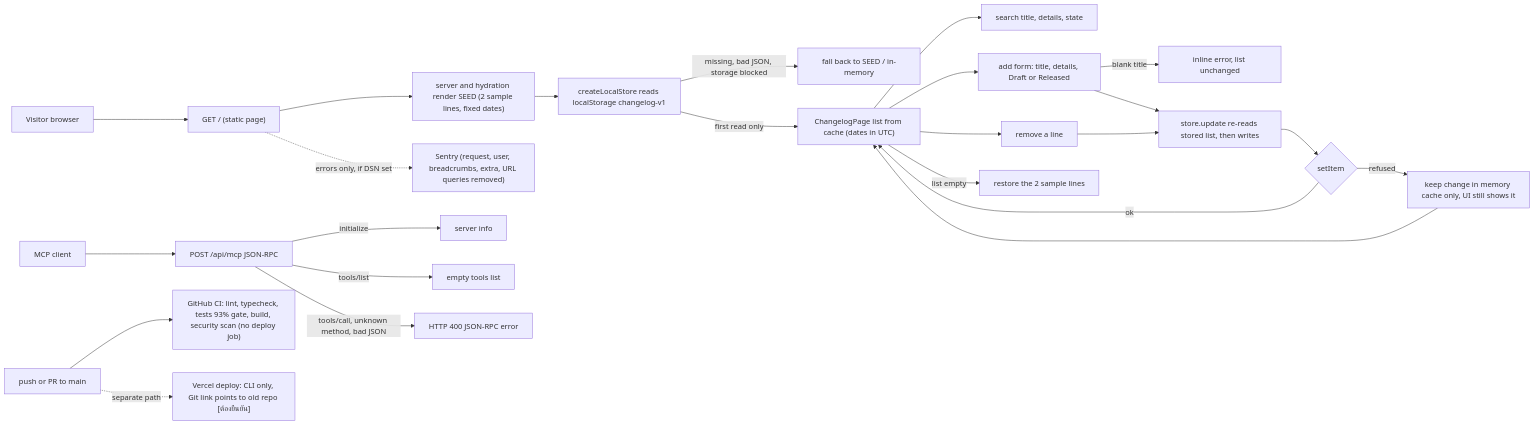
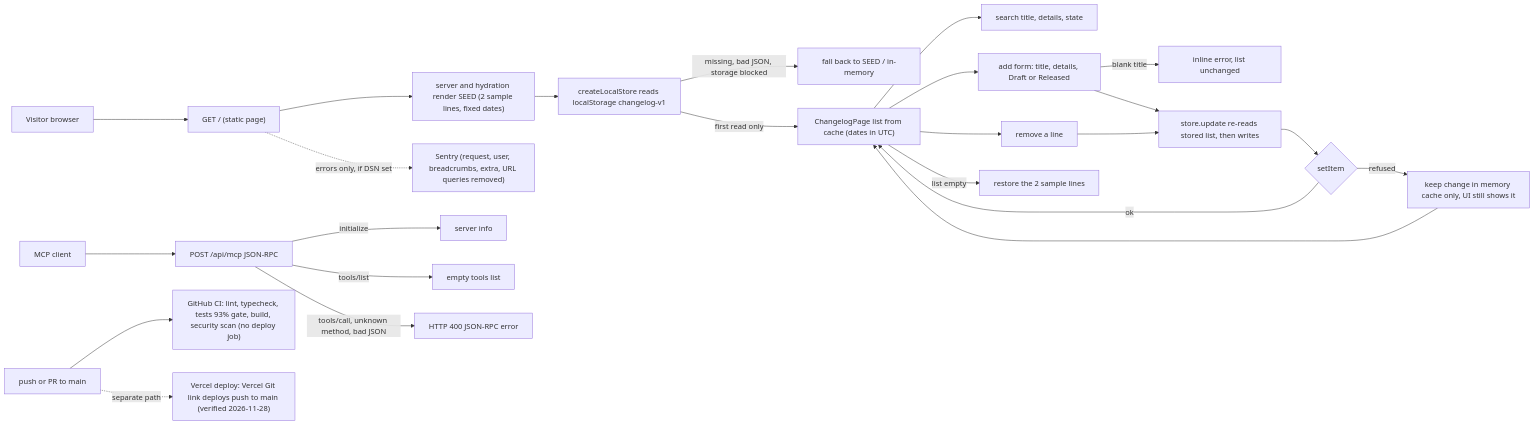
One commit to bookchaowalit-website/devtools-changelog-web changed the first of 2 diagrams in docs/diagrams/01-business-process.md. Above: the diagram before and after it, drawn with Mermaid. The commit also changed other lines of this file, not shown here.

Commit message:
docs: close Vercel Git link gap (D9), verified 2026-11-28

````diff
--- a/docs/diagrams/01-business-process.md
+++ b/docs/diagrams/01-business-process.md
@@ -9,26 +9,26 @@
 ```mermaid
 flowchart LR
   V["Visitor browser"] --> PAGE["GET / (static page)"]
   PAGE --> SEED["server and hydration render SEED (2 sample lines, fixed dates)"]
   SEED --> LS["createLocalStore reads localStorage changelog-v1"]
   LS -->|"missing, bad JSON, storage blocked"| SEED2["fall back to SEED / in-memory"]
   LS -->|"first read only"| LIST["ChangelogPage list from cache (dates in UTC)"]
   LIST --> SEARCH["search title, details, state"]
   LIST --> ADD["add form: title, details, Draft or Released"]
   ADD -->|"blank title"| ERR["inline error, list unchanged"]
   ADD --> UPD["store.update re-reads stored list, then writes"]
   LIST --> DEL["remove a line"]
   DEL --> UPD
   UPD --> WR{"setItem"}
   WR -->|"ok"| LIST
   WR -->|"refused"| MEM["keep change in memory cache only, UI still shows it"]
   MEM --> LIST
   LIST -->|"list empty"| RESTORE["restore the 2 sample lines"]
   AGENT["MCP client"] --> RPC["POST /api/mcp JSON-RPC"]
   RPC -->|"initialize"| INFO["server info"]
   RPC -->|"tools/list"| NONE["empty tools list"]
   RPC -->|"tools/call, unknown method, bad JSON"| E400["HTTP 400 JSON-RPC error"]
   PAGE -.->|"errors only, if DSN set"| SENTRY["Sentry (request, user, breadcrumbs, extra, URL queries removed)"]
   PUSH["push or PR to main"] --> CI["GitHub CI: lint, typecheck, tests 93% gate, build, security scan (no deploy job)"]
-  PUSH -.->|"separate path"| VDEP["Vercel deploy: CLI only, Git link points to old repo [ต้องยืนยัน]"]
+  PUSH -.->|"separate path"| VDEP["Vercel deploy: Vercel Git link deploys push to main (verified 2026-11-28)"]
 ```
````
